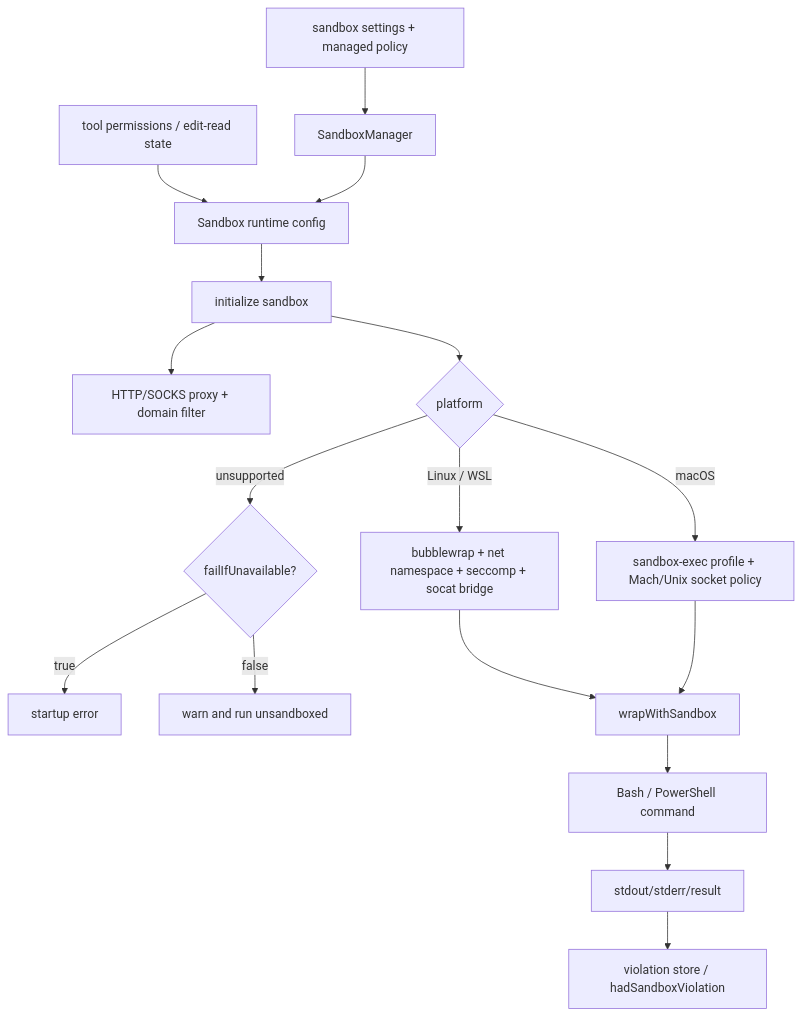
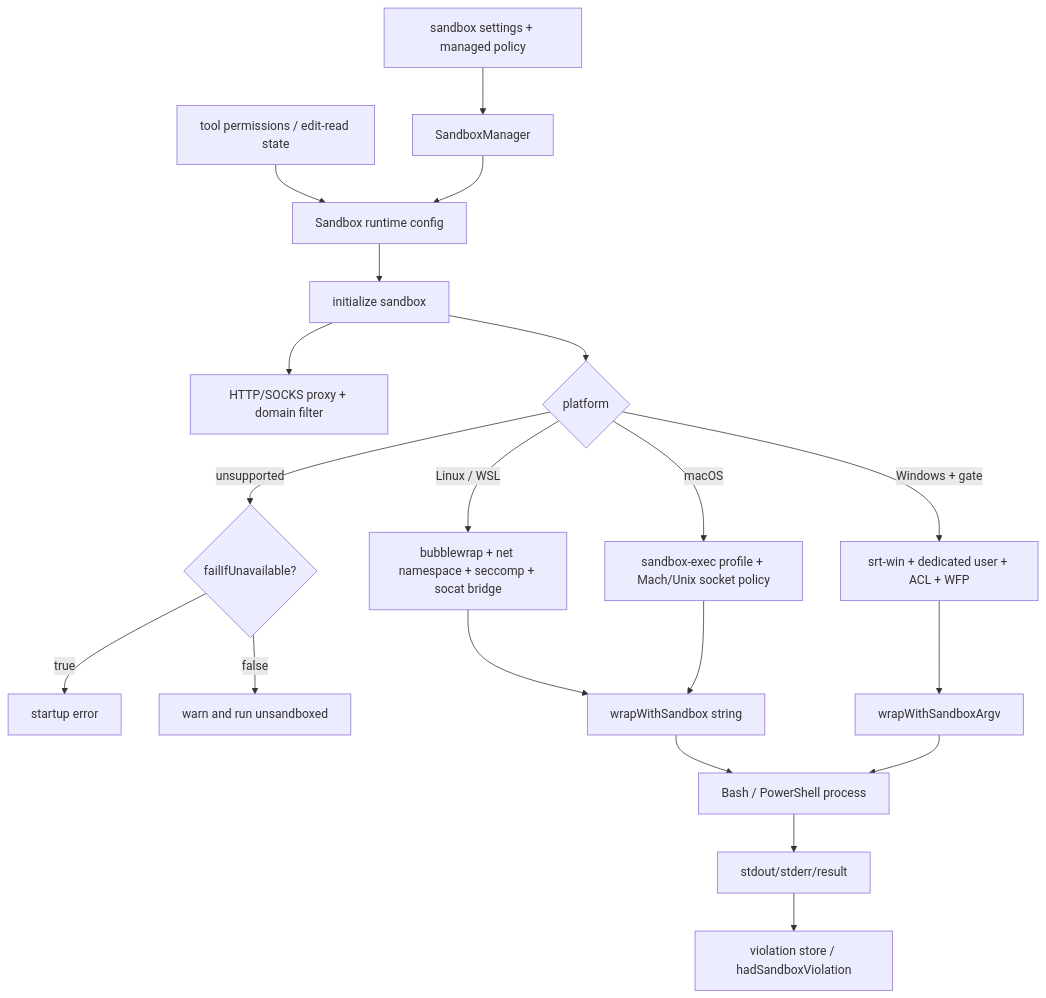
Before and after one commit to vibewatch/claude-code-internals: the first of 3 diagrams in docs/03-tools-integrations-security/sandbox-and-isolation.md, drawn with Mermaid. The commit also changed other lines of this file and 46 other files, not shown here.

````diff
--- a/docs/03-tools-integrations-security/sandbox-and-isolation.md
+++ b/docs/03-tools-integrations-security/sandbox-and-isolation.md
@@ -42,19 +45,22 @@
 ```mermaid
 flowchart TD
     Settings[sandbox settings + managed policy] --> Manager[SandboxManager]
     Permissions[tool permissions / edit-read state] --> Config[Sandbox runtime config]
     Manager --> Config
     Config --> Init[initialize sandbox]
     Init --> Network[HTTP/SOCKS proxy + domain filter]
     Init --> Platform{platform}
     Platform -->|Linux / WSL| Linux[bubblewrap + net namespace + seccomp + socat bridge]
     Platform -->|macOS| Mac[sandbox-exec profile + Mach/Unix socket policy]
+    Platform -->|Windows + gate| Windows[srt-win + dedicated user + ACL + WFP]
     Platform -->|unsupported| Fallback{failIfUnavailable?}
     Fallback -->|true| Error[startup error]
     Fallback -->|false| Unsandboxed[warn and run unsandboxed]
-    Linux --> Wrap[wrapWithSandbox]
+    Linux --> Wrap[wrapWithSandbox string]
     Mac --> Wrap
-    Wrap --> Shell[Bash / PowerShell command]
+    Windows --> Argv[wrapWithSandboxArgv]
+    Wrap --> Shell[Bash / PowerShell process]
+    Argv --> Shell
     Shell --> Result[stdout/stderr/result]
     Result --> Violations[violation store / hadSandboxViolation]
 ```
````
